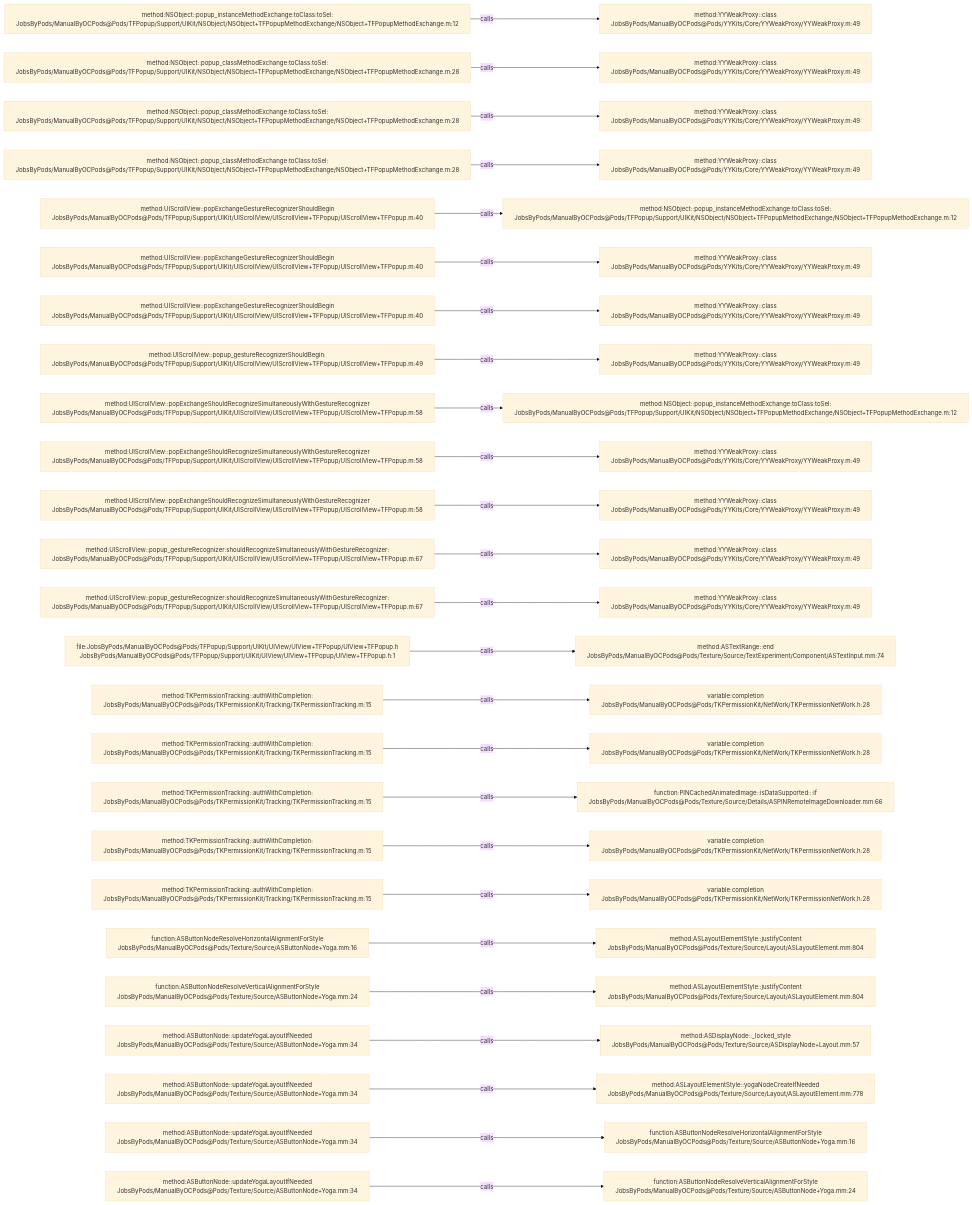
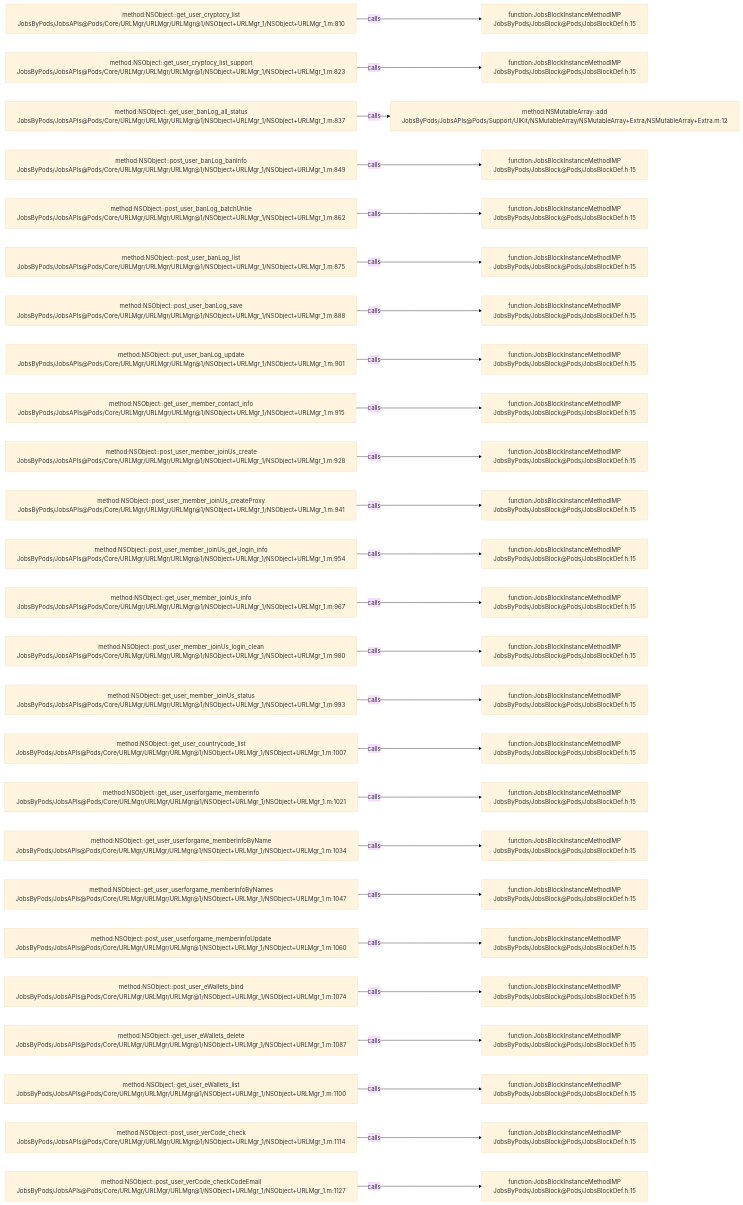
One commit to JobsKits/JobsOCBaseConfigDemo changed the diagram in .codegraph/codegraph.md/graphs/calls-056.md. Above: the diagram before and after it, drawn with Mermaid (base theme). The commit also changed 768 other files, not shown here.

````diff
--- a/.codegraph/codegraph.md/graphs/calls-056.md
+++ b/.codegraph/codegraph.md/graphs/calls-056.md
@@ -13,78 +13,78 @@
 ```mermaid
 flowchart LR
-  S1["method:NSObject::popup_instanceMethodExchange:toClass:toSel:<br/>JobsByPods/ManualByOCPods@Pods/TFPopup/Support/UIKit/NSObject/NSObject+TFPopupMethodExchange/NSObject+TFPopupMethodExchange.m:12"]
-  T1["method:YYWeakProxy::class<br/>JobsByPods/ManualByOCPods@Pods/YYKits/Core/YYWeakProxy/YYWeakProxy.m:49"]
+  S1["method:NSObject::get_user_cryptocy_list<br/>JobsByPods/JobsAPIs@Pods/Core/URLMgr/URLMgr/URLMgr@1/NSObject+URLMgr_1/NSObject+URLMgr_1.m:810"]
+  T1["function:JobsBlockInstanceMethodIMP<br/>JobsByPods/JobsBlock@Pods/JobsBlockDef.h:15"]
   S1 -->|calls| T1
-  S2["method:NSObject::popup_classMethodExchange:toClass:toSel:<br/>JobsByPods/ManualByOCPods@Pods/TFPopup/Support/UIKit/NSObject/NSObject+TFPopupMethodExchange/NSObject+TFPopupMethodExchange.m:28"]
-  T2["method:YYWeakProxy::class<br/>JobsByPods/ManualByOCPods@Pods/YYKits/Core/YYWeakProxy/YYWeakProxy.m:49"]
+  S2["method:NSObject::get_user_cryptocy_list_support<br/>JobsByPods/JobsAPIs@Pods/Core/URLMgr/URLMgr/URLMgr@1/NSObject+URLMgr_1/NSObject+URLMgr_1.m:823"]
+  T2["function:JobsBlockInstanceMethodIMP<br/>JobsByPods/JobsBlock@Pods/JobsBlockDef.h:15"]
   S2 -->|calls| T2
-  S3["method:NSObject::popup_classMethodExchange:toClass:toSel:<br/>JobsByPods/ManualByOCPods@Pods/TFPopup/Support/UIKit/NSObject/NSObject+TFPopupMethodExchange/NSObject+TFPopupMethodExchange.m:28"]
-  T3["method:YYWeakProxy::class<br/>JobsByPods/ManualByOCPods@Pods/YYKits/Core/YYWeakProxy/YYWeakProxy.m:49"]
+  S3["method:NSObject::get_user_banLog_all_status<br/>JobsByPods/JobsAPIs@Pods/Core/URLMgr/URLMgr/URLMgr@1/NSObject+URLMgr_1/NSObject+URLMgr_1.m:837"]
+  T3["method:NSMutableArray::add<br/>JobsByPods/JobsAPIs@Pods/Support/UIKit/NSMutableArray/NSMutableArray+Extra/NSMutableArray+Extra.m:12"]
   S3 -->|calls| T3
-  S4["method:NSObject::popup_classMethodExchange:toClass:toSel:<br/>JobsByPods/ManualByOCPods@Pods/TFPopup/Support/UIKit/NSObject/NSObject+TFPopupMethodExchange/NSObject+TFPopupMethodExchange.m:28"]
-  T4["method:YYWeakProxy::class<br/>JobsByPods/ManualByOCPods@Pods/YYKits/Core/YYWeakProxy/YYWeakProxy.m:49"]
+  S4["method:NSObject::post_user_banLog_banInfo<br/>JobsByPods/JobsAPIs@Pods/Core/URLMgr/URLMgr/URLMgr@1/NSObject+URLMgr_1/NSObject+URLMgr_1.m:849"]
+  T4["function:JobsBlockInstanceMethodIMP<br/>JobsByPods/JobsBlock@Pods/JobsBlockDef.h:15"]
   S4 -->|calls| T4
-  S5["method:UIScrollView::popExchangeGestureRecognizerShouldBegin<br/>JobsByPods/ManualByOCPods@Pods/TFPopup/Support/UIKit/UIScrollView/UIScrollView+TFPopup/UIScrollView+TFPopup.m:40"]
-  T5["method:NSObject::popup_instanceMethodExchange:toClass:toSel:<br/>JobsByPods/ManualByOCPods@Pods/TFPopup/Support/UIKit/NSObject/NSObject+TFPopupMethodExchange/NSObject+TFPopupMethodExchange.m:12"]
+  S5["method:NSObject::post_user_banLog_batchUntie<br/>JobsByPods/JobsAPIs@Pods/Core/URLMgr/URLMgr/URLMgr@1/NSObject+URLMgr_1/NSObject+URLMgr_1.m:862"]
+  T5["function:JobsBlockInstanceMethodIMP<br/>JobsByPods/JobsBlock@Pods/JobsBlockDef.h:15"]
   S5 -->|calls| T5
-  S6["method:UIScrollView::popExchangeGestureRecognizerShouldBegin<br/>JobsByPods/ManualByOCPods@Pods/TFPopup/Support/UIKit/UIScrollView/UIScrollView+TFPopup/UIScrollView+TFPopup.m:40"]
-  T6["method:YYWeakProxy::class<br/>JobsByPods/ManualByOCPods@Pods/YYKits/Core/YYWeakProxy/YYWeakProxy.m:49"]
+  S6["method:NSObject::post_user_banLog_list<br/>JobsByPods/JobsAPIs@Pods/Core/URLMgr/URLMgr/URLMgr@1/NSObject+URLMgr_1/NSObject+URLMgr_1.m:875"]
+  T6["function:JobsBlockInstanceMethodIMP<br/>JobsByPods/JobsBlock@Pods/JobsBlockDef.h:15"]
   S6 -->|calls| T6
-  S7["method:UIScrollView::popExchangeGestureRecognizerShouldBegin<br/>JobsByPods/ManualByOCPods@Pods/TFPopup/Support/UIKit/UIScrollView/UIScrollView+TFPopup/UIScrollView+TFPopup.m:40"]
-  T7["method:YYWeakProxy::class<br/>JobsByPods/ManualByOCPods@Pods/YYKits/Core/YYWeakProxy/YYWeakProxy.m:49"]
+  S7["method:NSObject::post_user_banLog_save<br/>JobsByPods/JobsAPIs@Pods/Core/URLMgr/URLMgr/URLMgr@1/NSObject+URLMgr_1/NSObject+URLMgr_1.m:888"]
+  T7["function:JobsBlockInstanceMethodIMP<br/>JobsByPods/JobsBlock@Pods/JobsBlockDef.h:15"]
   S7 -->|calls| T7
-  S8["method:UIScrollView::popup_gestureRecognizerShouldBegin:<br/>JobsByPods/ManualByOCPods@Pods/TFPopup/Support/UIKit/UIScrollView/UIScrollView+TFPopup/UIScrollView+TFPopup.m:49"]
-  T8["method:YYWeakProxy::class<br/>JobsByPods/ManualByOCPods@Pods/YYKits/Core/YYWeakProxy/YYWeakProxy.m:49"]
+  S8["method:NSObject::put_user_banLog_update<br/>JobsByPods/JobsAPIs@Pods/Core/URLMgr/URLMgr/URLMgr@1/NSObject+URLMgr_1/NSObject+URLMgr_1.m:901"]
+  T8["function:JobsBlockInstanceMethodIMP<br/>JobsByPods/JobsBlock@Pods/JobsBlockDef.h:15"]
   S8 -->|calls| T8
-  S9["method:UIScrollView::popExchangeShouldRecognizeSimultaneouslyWithGestureRecognizer<br/>JobsByPods/ManualByOCPods@Pods/TFPopup/Support/UIKit/UIScrollView/UIScrollView+TFPopup/UIScrollView+TFPopup.m:58"]
-  T9["method:NSObject::popup_instanceMethodExchange:toClass:toSel:<br/>JobsByPods/ManualByOCPods@Pods/TFPopup/Support/UIKit/NSObject/NSObject+TFPopupMethodExchange/NSObject+TFPopupMethodExchange.m:12"]
+  S9["method:NSObject::get_user_member_contact_info<br/>JobsByPods/JobsAPIs@Pods/Core/URLMgr/URLMgr/URLMgr@1/NSObject+URLMgr_1/NSObject+URLMgr_1.m:915"]
+  T9["function:JobsBlockInstanceMethodIMP<br/>JobsByPods/JobsBlock@Pods/JobsBlockDef.h:15"]
   S9 -->|calls| T9
-  S10["method:UIScrollView::popExchangeShouldRecognizeSimultaneouslyWithGestureRecognizer<br/>JobsByPods/ManualByOCPods@Pods/TFPopup/Support/UIKit/UIScrollView/UIScrollView+TFPopup/UIScrollView+TFPopup.m:58"]
-  T10["method:YYWeakProxy::class<br/>JobsByPods/ManualByOCPods@Pods/YYKits/Core/YYWeakProxy/YYWeakProxy.m:49"]
+  S10["method:NSObject::post_user_member_joinUs_create<br/>JobsByPods/JobsAPIs@Pods/Core/URLMgr/URLMgr/URLMgr@1/NSObject+URLMgr_1/NSObject+URLMgr_1.m:928"]
+  T10["function:JobsBlockInstanceMethodIMP<br/>JobsByPods/JobsBlock@Pods/JobsBlockDef.h:15"]
   S10 -->|calls| T10
-  S11["method:UIScrollView::popExchangeShouldRecognizeSimultaneouslyWithGestureRecognizer<br/>JobsByPods/ManualByOCPods@Pods/TFPopup/Support/UIKit/UIScrollView/UIScrollView+TFPopup/UIScrollView+TFPopup.m:58"]
-  T11["method:YYWeakProxy::class<br/>JobsByPods/ManualByOCPods@Pods/YYKits/Core/YYWeakProxy/YYWeakProxy.m:49"]
+  S11["method:NSObject::post_user_member_joinUs_createProxy<br/>JobsByPods/JobsAPIs@Pods/Core/URLMgr/URLMgr/URLMgr@1/NSObject+URLMgr_1/NSObject+URLMgr_1.m:941"]
+  T11["function:JobsBlockInstanceMethodIMP<br/>JobsByPods/JobsBlock@Pods/JobsBlockDef.h:15"]
   S11 -->|calls| T11
-  S12["method:UIScrollView::popup_gestureRecognizer:shouldRecognizeSimultaneouslyWithGestureRecognizer:<br/>JobsByPods/ManualByOCPods@Pods/TFPopup/Support/UIKit/UIScrollView/UIScrollView+TFPopup/UIScrollView+TFPopup.m:67"]
-  T12["method:YYWeakProxy::class<br/>JobsByPods/ManualByOCPods@Pods/YYKits/Core/YYWeakProxy/YYWeakProxy.m:49"]
+  S12["method:NSObject::post_user_member_joinUs_get_login_info<br/>JobsByPods/JobsAPIs@Pods/Core/URLMgr/URLMgr/URLMgr@1/NSObject+URLMgr_1/NSObject+URLMgr_1.m:954"]
+  T12["function:JobsBlockInstanceMethodIMP<br/>JobsByPods/JobsBlock@Pods/JobsBlockDef.h:15"]
   S12 -->|calls| T12
-  S13["method:UIScrollView::popup_gestureRecognizer:shouldRecognizeSimultaneouslyWithGestureRecognizer:<br/>JobsByPods/ManualByOCPods@Pods/TFPopup/Support/UIKit/UIScrollView/UIScrollView+TFPopup/UIScrollView+TFPopup.m:67"]
-  T13["method:YYWeakProxy::class<br/>JobsByPods/ManualByOCPods@Pods/YYKits/Core/YYWeakProxy/YYWeakProxy.m:49"]
+  S13["method:NSObject::get_user_member_joinUs_info<br/>JobsByPods/JobsAPIs@Pods/Core/URLMgr/URLMgr/URLMgr@1/NSObject+URLMgr_1/NSObject+URLMgr_1.m:967"]
+  T13["function:JobsBlockInstanceMethodIMP<br/>JobsByPods/JobsBlock@Pods/JobsBlockDef.h:15"]
   S13 -->|calls| T13
-  S14["file:JobsByPods/ManualByOCPods@Pods/TFPopup/Support/UIKit/UIView/UIView+TFPopup/UIView+TFPopup.h<br/>JobsByPods/ManualByOCPods@Pods/TFPopup/Support/UIKit/UIView/UIView+TFPopup/UIView+TFPopup.h:1"]
-  T14["method:ASTextRange::end<br/>JobsByPods/ManualByOCPods@Pods/Texture/Source/TextExperiment/Component/ASTextInput.mm:74"]
+  S14["method:NSObject::post_user_member_joinUs_login_clean<br/>JobsByPods/JobsAPIs@Pods/Core/URLMgr/URLMgr/URLMgr@1/NSObject+URLMgr_1/NSObject+URLMgr_1.m:980"]
+  T14["function:JobsBlockInstanceMethodIMP<br/>JobsByPods/JobsBlock@Pods/JobsBlockDef.h:15"]
   S14 -->|calls| T14
-  S15["method:TKPermissionTracking::authWithCompletion:<br/>JobsByPods/ManualByOCPods@Pods/TKPermissionKit/Tracking/TKPermissionTracking.m:15"]
-  T15["variable:completion<br/>JobsByPods/ManualByOCPods@Pods/TKPermissionKit/NetWork/TKPermissionNetWork.h:28"]
+  S15["method:NSObject::get_user_member_joinUs_status<br/>JobsByPods/JobsAPIs@Pods/Core/URLMgr/URLMgr/URLMgr@1/NSObject+URLMgr_1/NSObject+URLMgr_1.m:993"]
+  T15["function:JobsBlockInstanceMethodIMP<br/>JobsByPods/JobsBlock@Pods/JobsBlockDef.h:15"]
   S15 -->|calls| T15
-  S16["method:TKPermissionTracking::authWithCompletion:<br/>JobsByPods/ManualByOCPods@Pods/TKPermissionKit/Tracking/TKPermissionTracking.m:15"]
-  T16["variable:completion<br/>JobsByPods/ManualByOCPods@Pods/TKPermissionKit/NetWork/TKPermissionNetWork.h:28"]
+  S16["method:NSObject::get_user_countrycode_list<br/>JobsByPods/JobsAPIs@Pods/Core/URLMgr/URLMgr/URLMgr@1/NSObject+URLMgr_1/NSObject+URLMgr_1.m:1007"]
+  T16["function:JobsBlockInstanceMethodIMP<br/>JobsByPods/JobsBlock@Pods/JobsBlockDef.h:15"]
   S16 -->|calls| T16
-  S17["method:TKPermissionTracking::authWithCompletion:<br/>JobsByPods/ManualByOCPods@Pods/TKPermissionKit/Tracking/TKPermissionTracking.m:15"]
-  T17["function:PINCachedAnimatedImage::isDataSupported:::if<br/>JobsByPods/ManualByOCPods@Pods/Texture/Source/Details/ASPINRemoteImageDownloader.mm:66"]
+  S17["method:NSObject::get_user_userforgame_memberinfo<br/>JobsByPods/JobsAPIs@Pods/Core/URLMgr/URLMgr/URLMgr@1/NSObject+URLMgr_1/NSObject+URLMgr_1.m:1021"]
+  T17["function:JobsBlockInstanceMethodIMP<br/>JobsByPods/JobsBlock@Pods/JobsBlockDef.h:15"]
   S17 -->|calls| T17
-  S18["method:TKPermissionTracking::authWithCompletion:<br/>JobsByPods/ManualByOCPods@Pods/TKPermissionKit/Tracking/TKPermissionTracking.m:15"]
-  T18["variable:completion<br/>JobsByPods/ManualByOCPods@Pods/TKPermissionKit/NetWork/TKPermissionNetWork.h:28"]
+  S18["method:NSObject::get_user_userforgame_memberinfoByName<br/>JobsByPods/JobsAPIs@Pods/Core/URLMgr/URLMgr/URLMgr@1/NSObject+URLMgr_1/NSObject+URLMgr_1.m:1034"]
+  T18["function:JobsBlockInstanceMethodIMP<br/>JobsByPods/JobsBlock@Pods/JobsBlockDef.h:15"]
   S18 -->|calls| T18
-  S19["method:TKPermissionTracking::authWithCompletion:<br/>JobsByPods/ManualByOCPods@Pods/TKPermissionKit/Tracking/TKPermissionTracking.m:15"]
-  T19["variable:completion<br/>JobsByPods/ManualByOCPods@Pods/TKPermissionKit/NetWork/TKPermissionNetWork.h:28"]
+  S19["method:NSObject::get_user_userforgame_memberinfoByNames<br/>JobsByPods/JobsAPIs@Pods/Core/URLMgr/URLMgr/URLMgr@1/NSObject+URLMgr_1/NSObject+URLMgr_1.m:1047"]
+  T19["function:JobsBlockInstanceMethodIMP<br/>JobsByPods/JobsBlock@Pods/JobsBlockDef.h:15"]
   S19 -->|calls| T19
-  S20["function:ASButtonNodeResolveHorizontalAlignmentForStyle<br/>JobsByPods/ManualByOCPods@Pods/Texture/Source/ASButtonNode+Yoga.mm:16"]
-  T20["method:ASLayoutElementStyle::justifyContent<br/>JobsByPods/ManualByOCPods@Pods/Texture/Source/Layout/ASLayoutElement.mm:804"]
+  S20["method:NSObject::post_user_userforgame_memberinfoUpdate<br/>JobsByPods/JobsAPIs@Pods/Core/URLMgr/URLMgr/URLMgr@1/NSObject+URLMgr_1/NSObject+URLMgr_1.m:1060"]
+  T20["function:JobsBlockInstanceMethodIMP<br/>JobsByPods/JobsBlock@Pods/JobsBlockDef.h:15"]
   S20 -->|calls| T20
-  S21["function:ASButtonNodeResolveVerticalAlignmentForStyle<br/>JobsByPods/ManualByOCPods@Pods/Texture/Source/ASButtonNode+Yoga.mm:24"]
-  T21["method:ASLayoutElementStyle::justifyContent<br/>JobsByPods/ManualByOCPods@Pods/Texture/Source/Layout/ASLayoutElement.mm:804"]
+  S21["method:NSObject::post_user_eWallets_bind<br/>JobsByPods/JobsAPIs@Pods/Core/URLMgr/URLMgr/URLMgr@1/NSObject+URLMgr_1/NSObject+URLMgr_1.m:1074"]
+  T21["function:JobsBlockInstanceMethodIMP<br/>JobsByPods/JobsBlock@Pods/JobsBlockDef.h:15"]
   S21 -->|calls| T21
-  S22["method:ASButtonNode::updateYogaLayoutIfNeeded<br/>JobsByPods/ManualByOCPods@Pods/Texture/Source/ASButtonNode+Yoga.mm:34"]
-  T22["method:ASDisplayNode::_locked_style<br/>JobsByPods/ManualByOCPods@Pods/Texture/Source/ASDisplayNode+Layout.mm:57"]
+  S22["method:NSObject::get_user_eWallets_delete<br/>JobsByPods/JobsAPIs@Pods/Core/URLMgr/URLMgr/URLMgr@1/NSObject+URLMgr_1/NSObject+URLMgr_1.m:1087"]
+  T22["function:JobsBlockInstanceMethodIMP<br/>JobsByPods/JobsBlock@Pods/JobsBlockDef.h:15"]
   S22 -->|calls| T22
-  S23["method:ASButtonNode::updateYogaLayoutIfNeeded<br/>JobsByPods/ManualByOCPods@Pods/Texture/Source/ASButtonNode+Yoga.mm:34"]
-  T23["method:ASLayoutElementStyle::yogaNodeCreateIfNeeded<br/>JobsByPods/ManualByOCPods@Pods/Texture/Source/Layout/ASLayoutElement.mm:778"]
+  S23["method:NSObject::get_user_eWallets_list<br/>JobsByPods/JobsAPIs@Pods/Core/URLMgr/URLMgr/URLMgr@1/NSObject+URLMgr_1/NSObject+URLMgr_1.m:1100"]
+  T23["function:JobsBlockInstanceMethodIMP<br/>JobsByPods/JobsBlock@Pods/JobsBlockDef.h:15"]
   S23 -->|calls| T23
-  S24["method:ASButtonNode::updateYogaLayoutIfNeeded<br/>JobsByPods/ManualByOCPods@Pods/Texture/Source/ASButtonNode+Yoga.mm:34"]
-  T24["function:ASButtonNodeResolveHorizontalAlignmentForStyle<br/>JobsByPods/ManualByOCPods@Pods/Texture/Source/ASButtonNode+Yoga.mm:16"]
+  S24["method:NSObject::post_user_verCode_check<br/>JobsByPods/JobsAPIs@Pods/Core/URLMgr/URLMgr/URLMgr@1/NSObject+URLMgr_1/NSObject+URLMgr_1.m:1114"]
+  T24["function:JobsBlockInstanceMethodIMP<br/>JobsByPods/JobsBlock@Pods/JobsBlockDef.h:15"]
   S24 -->|calls| T24
-  S25["method:ASButtonNode::updateYogaLayoutIfNeeded<br/>JobsByPods/ManualByOCPods@Pods/Texture/Source/ASButtonNode+Yoga.mm:34"]
-  T25["function:ASButtonNodeResolveVerticalAlignmentForStyle<br/>JobsByPods/ManualByOCPods@Pods/Texture/Source/ASButtonNode+Yoga.mm:24"]
+  S25["method:NSObject::post_user_verCode_checkCodeEmail<br/>JobsByPods/JobsAPIs@Pods/Core/URLMgr/URLMgr/URLMgr@1/NSObject+URLMgr_1/NSObject+URLMgr_1.m:1127"]
+  T25["function:JobsBlockInstanceMethodIMP<br/>JobsByPods/JobsBlock@Pods/JobsBlockDef.h:15"]
   S25 -->|calls| T25
 ```
````
